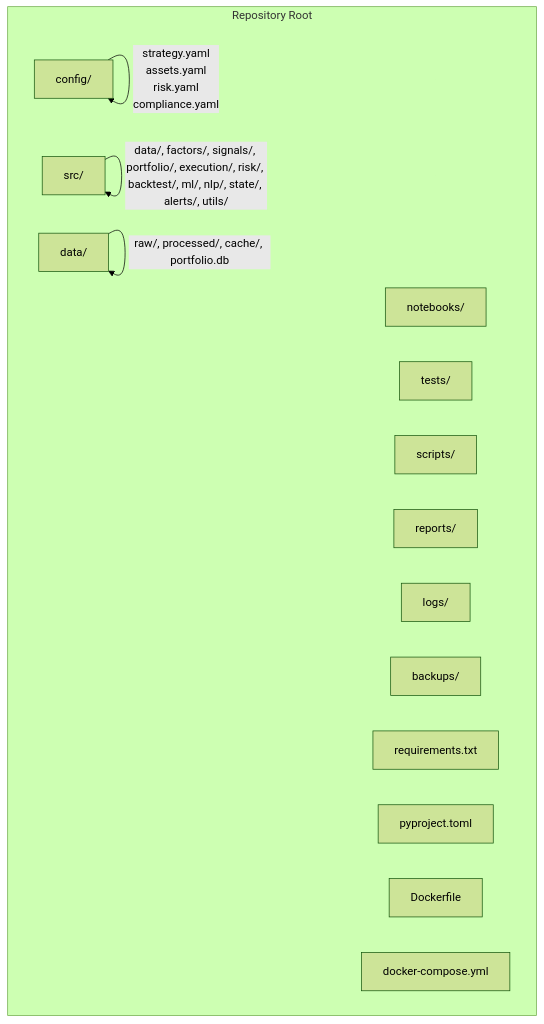
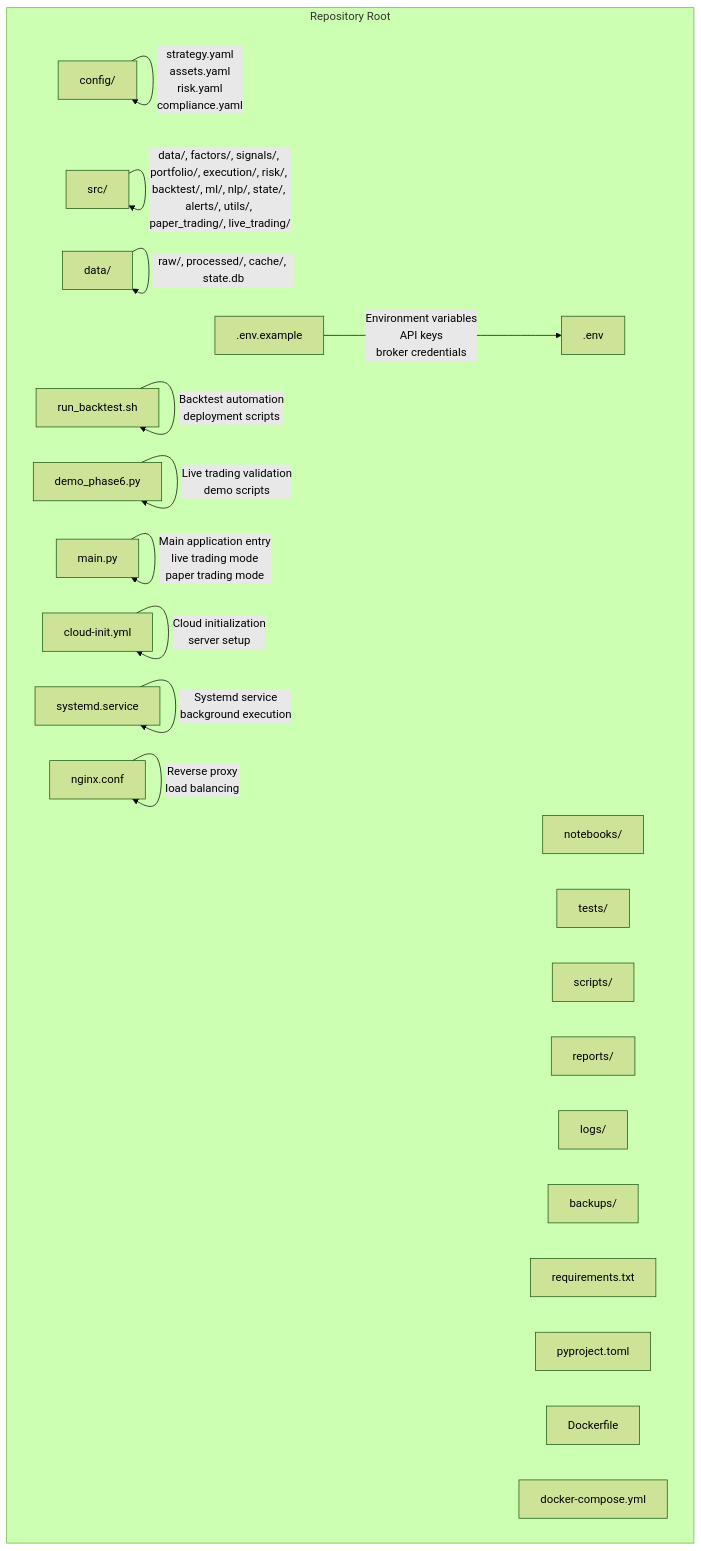
Before and after one commit to guofeng201507/shark-quant-trader: the first of 7 diagrams in .qoder/repowiki/en/content/Configuration and Deployment.md, drawn with Mermaid (forest theme). The commit also changed other lines of this file and 14 other files, not shown here.

````diff
--- a/.qoder/repowiki/en/content/Configuration and Deployment.md
+++ b/.qoder/repowiki/en/content/Configuration and Deployment.md
@@ -52,21 +69,36 @@
 ```mermaid
 graph TB
 subgraph "Repository Root"
 A["config/"]
 B["src/"]
 C["notebooks/"]
 D["tests/"]
 E["scripts/"]
 F["reports/"]
 G["logs/"]
 H["backups/"]
 I["data/"]
 J["requirements.txt"]
 K["pyproject.toml"]
 L["Dockerfile"]
 M["docker-compose.yml"]
+N[".env.example"]
+O[".env"]
+P["run_backtest.sh"]
+Q["demo_phase6.py"]
+R["main.py"]
+S["cloud-init.yml"]
+T["systemd.service"]
+U["nginx.conf"]
 end
 A --> |"strategy.yaml<br/>assets.yaml<br/>risk.yaml<br/>compliance.yaml"| A
-B --> |"data/, factors/, signals/, portfolio/, execution/, risk/, backtest/, ml/, nlp/, state/, alerts/, utils/"| B
-I --> |"raw/, processed/, cache/, portfolio.db"| I
+B --> |"data/, factors/, signals/, portfolio/, execution/, risk/, backtest/, ml/, nlp/, state/, alerts/, utils/, paper_trading/, live_trading/"| B
+I --> |"raw/, processed/, cache/, state.db"| I
+N --> |"Environment variables<br/>API keys<br/>broker credentials"| O
+P --> |"Backtest automation<br/>deployment scripts"| P
+Q --> |"Live trading validation<br/>demo scripts"| Q
+R --> |"Main application entry<br/>live trading mode<br/>paper trading mode"| R
+S --> |"Cloud initialization<br/>server setup"| S
+T --> |"Systemd service<br/>background execution"| T
+U --> |"Reverse proxy<br/>load balancing"| U
 ```
````
